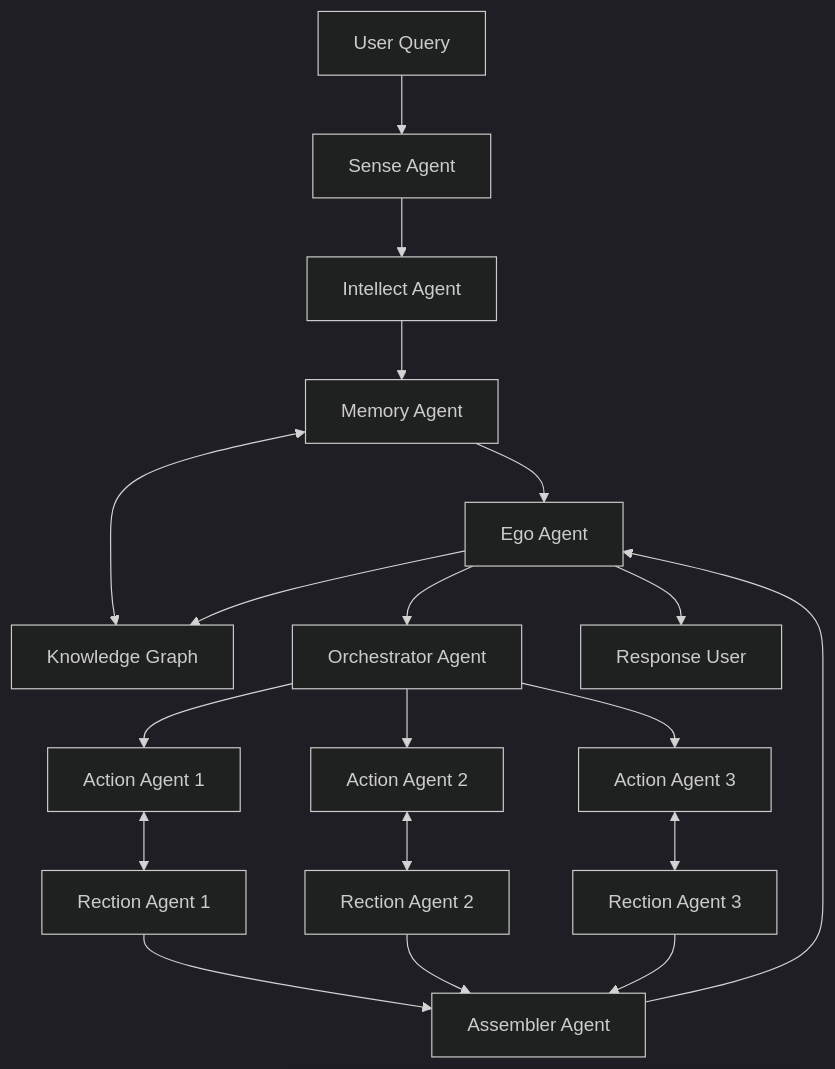
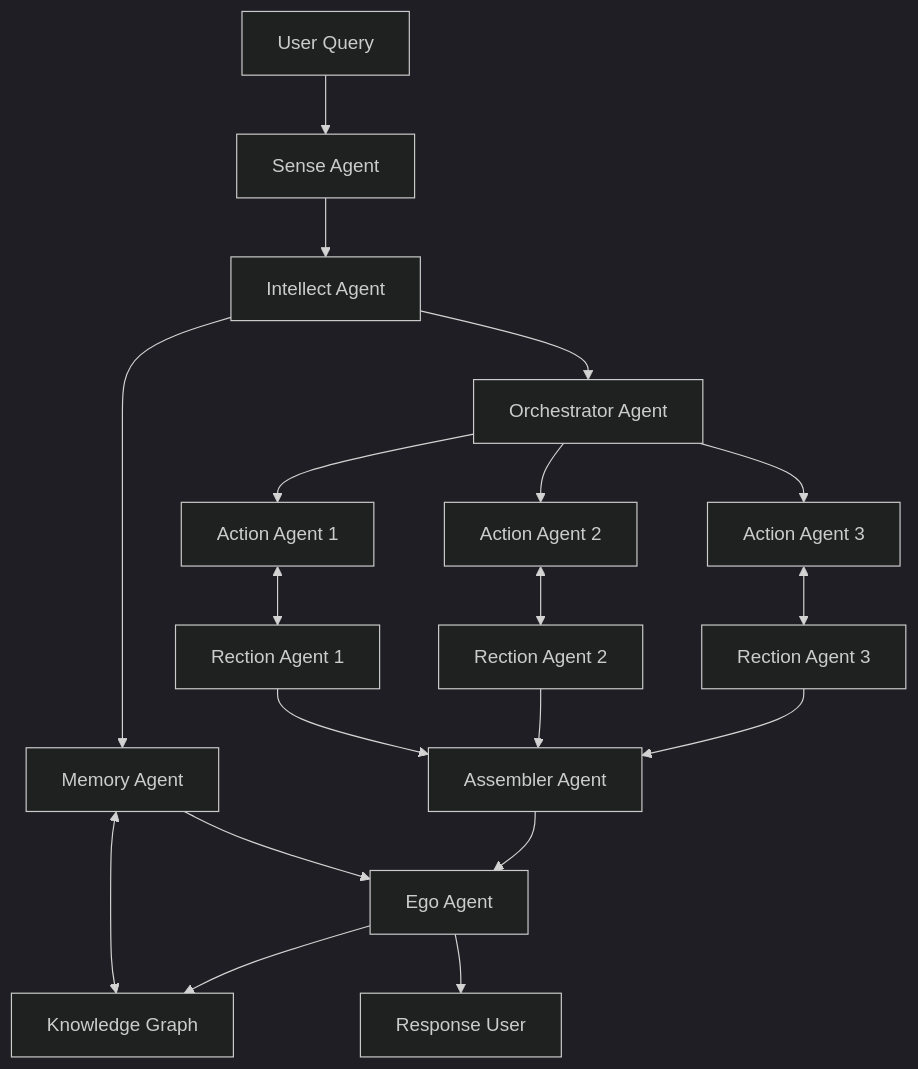
One commit to Mindverse-Computing/algoverse changed the diagram in README.md. Above: the diagram before and after it, drawn with Mermaid (dark theme).

````diff
--- a/README.md
+++ b/README.md
@@ -78,21 +78,21 @@
 ```mermaid
 graph TD
   A[User Query] --> S[Sense Agent]
   S --> I[Intellect Agent]
   I --> M[Memory Agent]
   M <--> G[Knowledge Graph]
   M --> E[Ego Agent]
-  E --> O[Orchestrator Agent]
+  I --> O[Orchestrator Agent]
   O --> A1[Action Agent 1]
   O --> A2[Action Agent 2]
   O --> A3[Action Agent 3]
   A1 <--> R1[Rection Agent 1]
   A2 <--> R2[Rection Agent 2]
   A3 <--> R3[Rection Agent 3]
   R1 --> AA[Assembler Agent]
   R2 --> AA[Assembler Agent]
   R3 --> AA[Assembler Agent]
   AA --> E[Ego Agent]
   E --> G[Knowledge Graph]
   E --> U[Response User]
 ```
````
